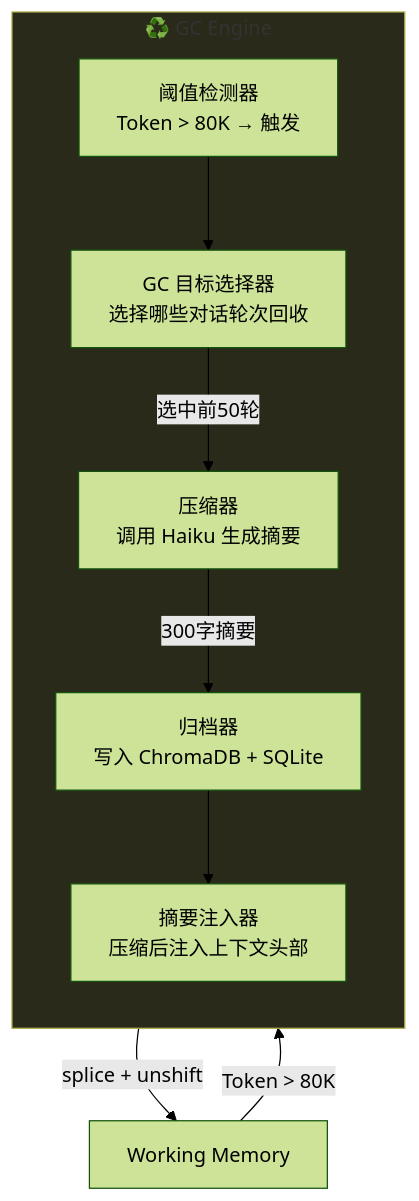
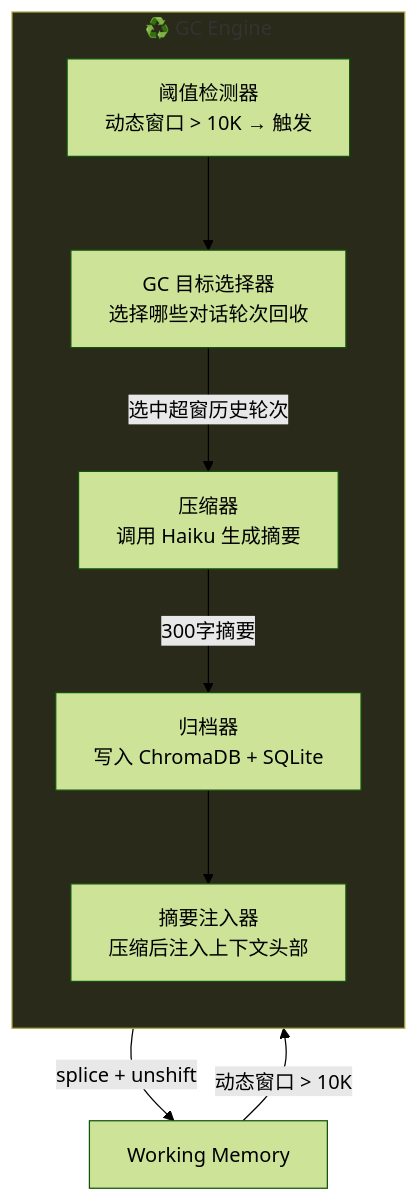
One commit to Yidhar/Embla_System changed diagram 12 of 17 in doc/11-brain-layer-modules.md. Above: the diagram before and after it, drawn with Mermaid (forest theme). The commit also changed other lines of this file and 16 other files, not shown here.

First line of the commit message:
feat: Refactor architecture documentation for Brainstem, Brain, and Limbs layers

````diff
--- a/doc/11-brain-layer-modules.md
+++ b/doc/11-brain-layer-modules.md
@@ -447,20 +539,20 @@
 ```mermaid
 flowchart TB
     subgraph GCEngine["♻️ GC Engine"]
         direction TB
-        DETECTOR["阈值检测器<br/>Token > 80K → 触发"]
+        DETECTOR["阈值检测器<br/>动态窗口 > 10K → 触发"]
         SELECTOR["GC 目标选择器<br/>选择哪些对话轮次回收"]
         COMPRESSOR["压缩器<br/>调用 Haiku 生成摘要"]
         ARCHIVER["归档器<br/>写入 ChromaDB + SQLite"]
         INJECTOR["摘要注入器<br/>压缩后注入上下文头部"]
     end
 
-    WM["Working Memory"] -->|"Token > 80K"| DETECTOR
+    WM["Working Memory"] -->|"动态窗口 > 10K"| DETECTOR
     DETECTOR --> SELECTOR
-    SELECTOR -->|"选中前50轮"| COMPRESSOR
+    SELECTOR -->|"选中超窗历史轮次"| COMPRESSOR
     COMPRESSOR -->|"300字摘要"| ARCHIVER
     ARCHIVER --> INJECTOR
     INJECTOR -->|"splice + unshift"| WM
 
     style GCEngine fill:#2a2a1a,stroke:#aaaa44
 ```
````
